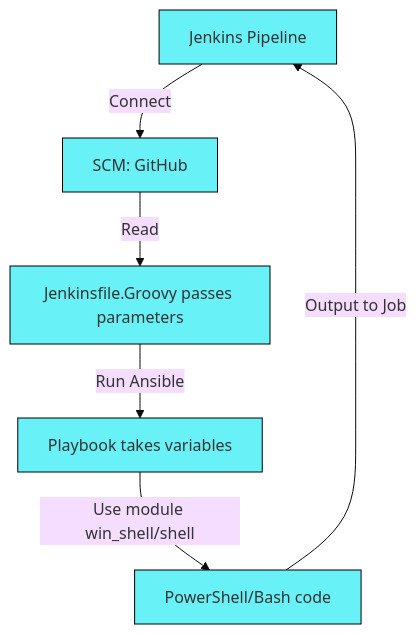
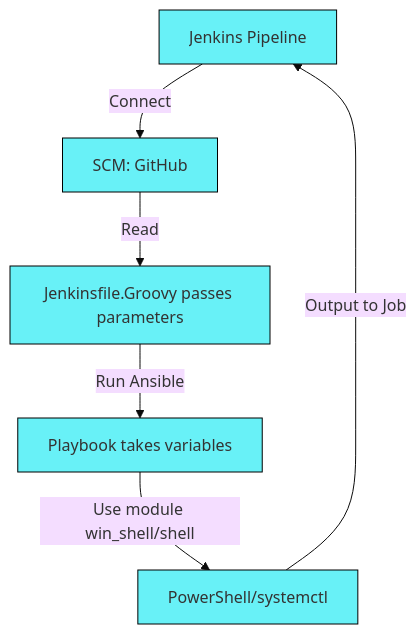
One commit to Lifailon/Deploy-PS-Module changed the diagram in README.md. Above: the diagram before and after it, drawn with Mermaid (base theme).

````diff
--- a/README.md
+++ b/README.md
@@ -13,11 +13,11 @@
 ```mermaid
 flowchart TD
     classDef class_color fill:#68F1F7, stroke:#000, stroke-width:1px
     1[Jenkins Pipeline]:::class_color
     2[SCM: GitHub]:::class_color
     3[Jenkinsfile.Groovy passes parameters]:::class_color
     4[Playbook takes variables]:::class_color
-    5[PowerShell/Bash code]:::class_color
+    5[PowerShell/systemctl]:::class_color
     1--Connect-->2--Read-->3--Run Ansible-->4--Use module win_shell/shell-->5
     5--Output to Job-->1
 ```
````
